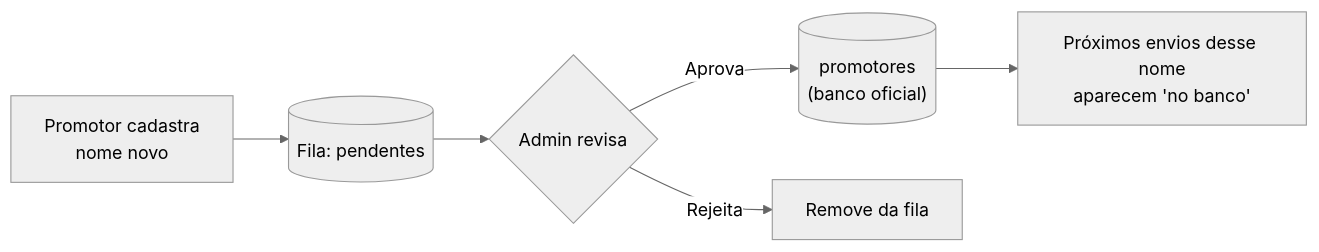
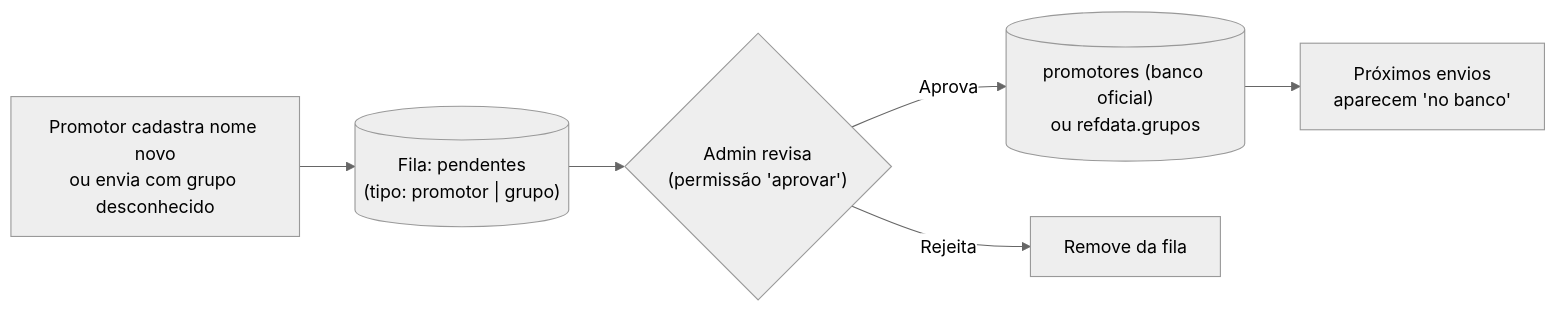
Before and after one commit to Vaniteux2006/pdv_memphis: the second of 5 diagrams in docs/04-fluxos-bpmn.md, drawn with Mermaid (neutral theme). The commit also changed other lines of this file and 10 other files, not shown here.

````diff
--- a/docs/04-fluxos-bpmn.md
+++ b/docs/04-fluxos-bpmn.md
@@ -41,8 +48,8 @@
 ```mermaid
 flowchart LR
-  P1["Promotor cadastra<br/>nome novo"] --> Q[("Fila: pendentes")]
-  Q --> AD{"Admin revisa"}
-  AD -- Aprova --> BANCO[("promotores<br/>(banco oficial)")]
+  P1["Promotor cadastra nome novo<br/>ou envia com grupo desconhecido"] --> Q[("Fila: pendentes<br/>(tipo: promotor | grupo)")]
+  Q --> AD{"Admin revisa<br/>(permissão 'aprovar')"}
+  AD -- Aprova --> BANCO[("promotores (banco oficial)<br/>ou refdata.grupos")]
   AD -- Rejeita --> X["Remove da fila"]
-  BANCO --> OK["Próximos envios desse nome<br/>aparecem 'no banco'"]
+  BANCO --> OK["Próximos envios<br/>aparecem 'no banco'"]
 ```
````
